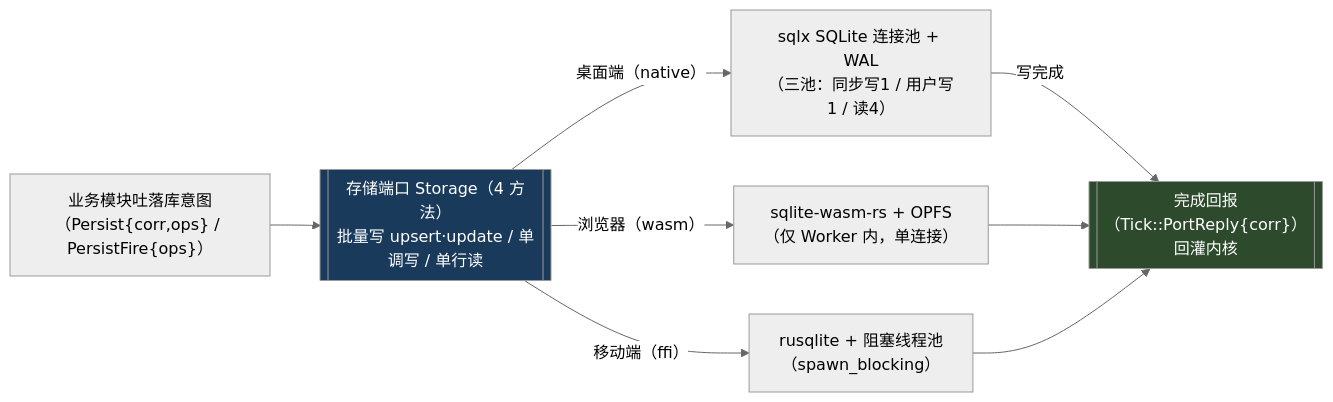
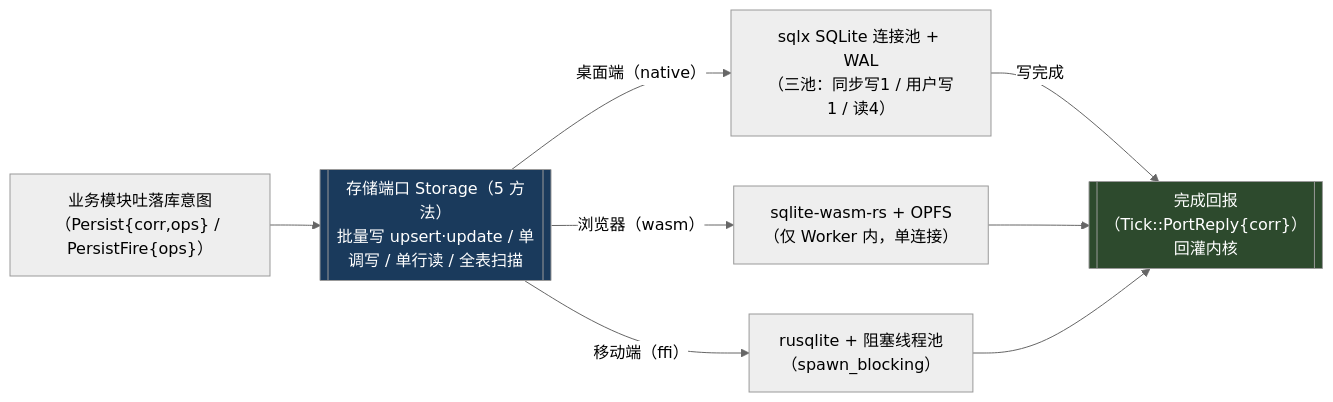
Before and after one commit to zxs1633079383/helix: the ninth of 27 diagrams in docs/过会方案/helix-core-im-架构设计.md, drawn with Mermaid (neutral theme). The commit also changed other lines of this file and 9 other files, not shown here.

````diff
--- a/docs/过会方案/helix-core-im-架构设计.md
+++ b/docs/过会方案/helix-core-im-架构设计.md
@@ -323,12 +323,12 @@
 ```mermaid
 flowchart LR
-    M["业务模块吐落库意图<br/>（Persist{corr,ops} / PersistFire{ops}）"] --> P[["存储端口 Storage（4 方法）<br/>批量写 upsert·update / 单调写 / 单行读"]]
+    M["业务模块吐落库意图<br/>（Persist{corr,ops} / PersistFire{ops}）"] --> P[["存储端口 Storage（5 方法）<br/>批量写 upsert·update / 单调写 / 单行读 / 全表扫描"]]
     P -->|"桌面端（native）"| N["sqlx SQLite 连接池 + WAL<br/>（三池：同步写1 / 用户写1 / 读4）"]
     P -->|"浏览器（wasm）"| W["sqlite-wasm-rs + OPFS<br/>（仅 Worker 内，单连接）"]
     P -->|"移动端（ffi）"| F["rusqlite + 阻塞线程池<br/>（spawn_blocking）"]
     N -->|"写完成"| R[["完成回报（Tick::PortReply{corr}）回灌内核"]]
     W --> R
     F --> R
     style P fill:#1a3a5c,color:#fff
     style R fill:#2d4a2d,color:#fff
 ```
````
